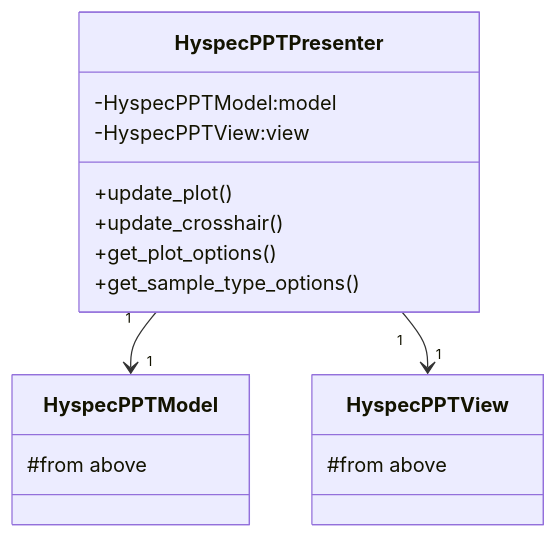
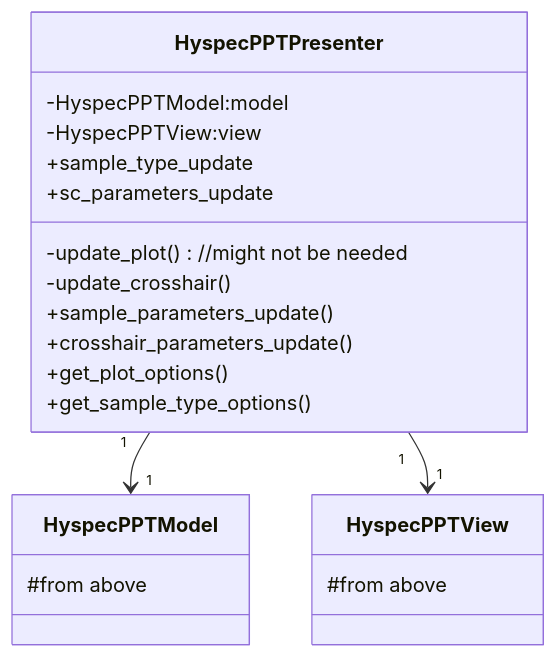
Before and after one commit to neutrons/hyspecppt: the third of 9 diagrams in docs/source/design/hyspecpptclasses.rst, drawn with Mermaid. The commit also changed other lines of this file, not shown here.

```diff
--- a/docs/source/design/hyspecpptclasses.rst
+++ b/docs/source/design/hyspecpptclasses.rst
@@ -424,22 +424,26 @@
 .. mermaid::
 
  classDiagram
     HyspecPPTPresenter "1" -->"1" HyspecPPTModel
     HyspecPPTPresenter "1" -->"1" HyspecPPTView
 
     class HyspecPPTPresenter{
         -HyspecPPTModel:model
         -HyspecPPTView:view
-        +update_plot()
-        +update_crosshair()
+        -update_plot() //might not be needed
+        -update_crosshair()
+        +sample_parameters_update()
+        +crosshair_parameters_update()
+        +sample_type_update
+        +sc_parameters_update
         +get_plot_options()
         +get_sample_type_options()
     }
 
     class HyspecPPTModel{
         #from above
     }
 
     class HyspecPPTView{
         #from above
     }
```
